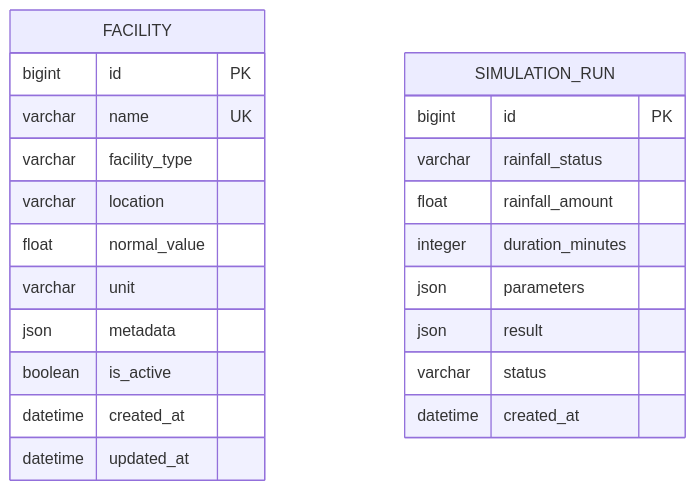
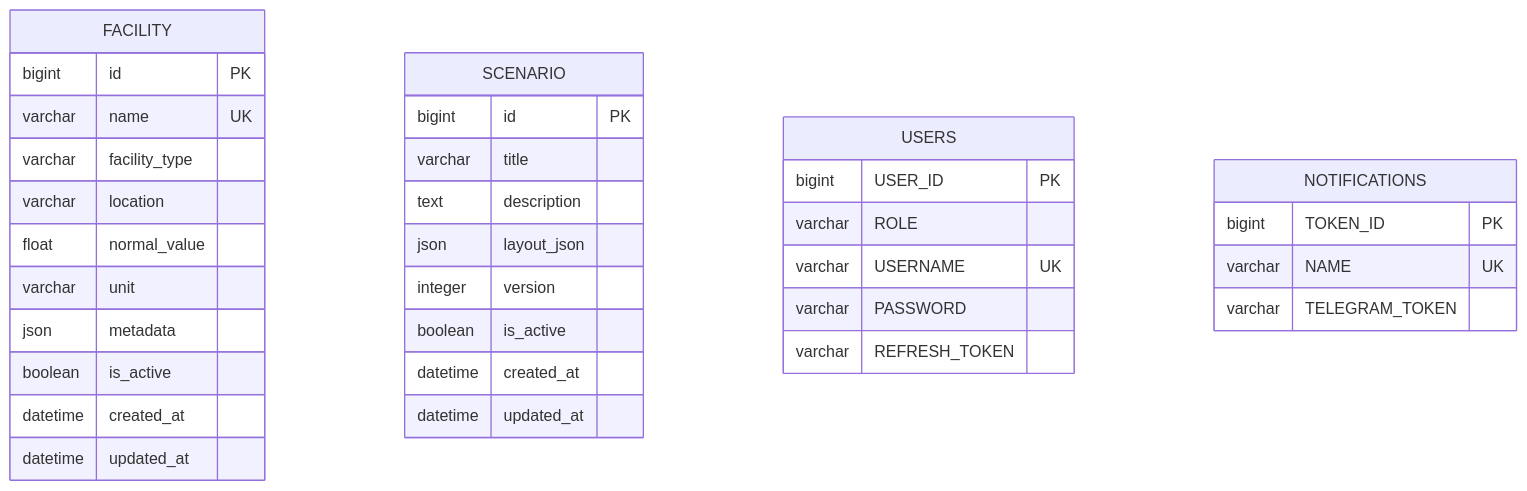
Before and after one commit to SuperMario-Flood-Monitoring/SuperMario_Django: the diagram in backend/docs/db-design.md, drawn with Mermaid. The commit also changed other lines of this file and 7953 other files, not shown here.

````diff
--- a/backend/docs/db-design.md
+++ b/backend/docs/db-design.md
@@ -13,26 +29,40 @@
 ```mermaid
 erDiagram
     FACILITY {
         bigint id PK
         varchar name UK
         varchar facility_type
         varchar location
         float normal_value
         varchar unit
         json metadata
         boolean is_active
         datetime created_at
         datetime updated_at
     }
 
-    SIMULATION_RUN {
+    SCENARIO {
         bigint id PK
-        varchar rainfall_status
-        float rainfall_amount
-        integer duration_minutes
-        json parameters
-        json result
-        varchar status
+        varchar title
+        text description
+        json layout_json
+        integer version
+        boolean is_active
         datetime created_at
+        datetime updated_at
+    }
+
+    USERS {
+        bigint USER_ID PK
+        varchar ROLE
+        varchar USERNAME UK
+        varchar PASSWORD
+        varchar REFRESH_TOKEN
+    }
+
+    NOTIFICATIONS {
+        bigint TOKEN_ID PK
+        varchar NAME UK
+        varchar TELEGRAM_TOKEN
     }
 ```
````
